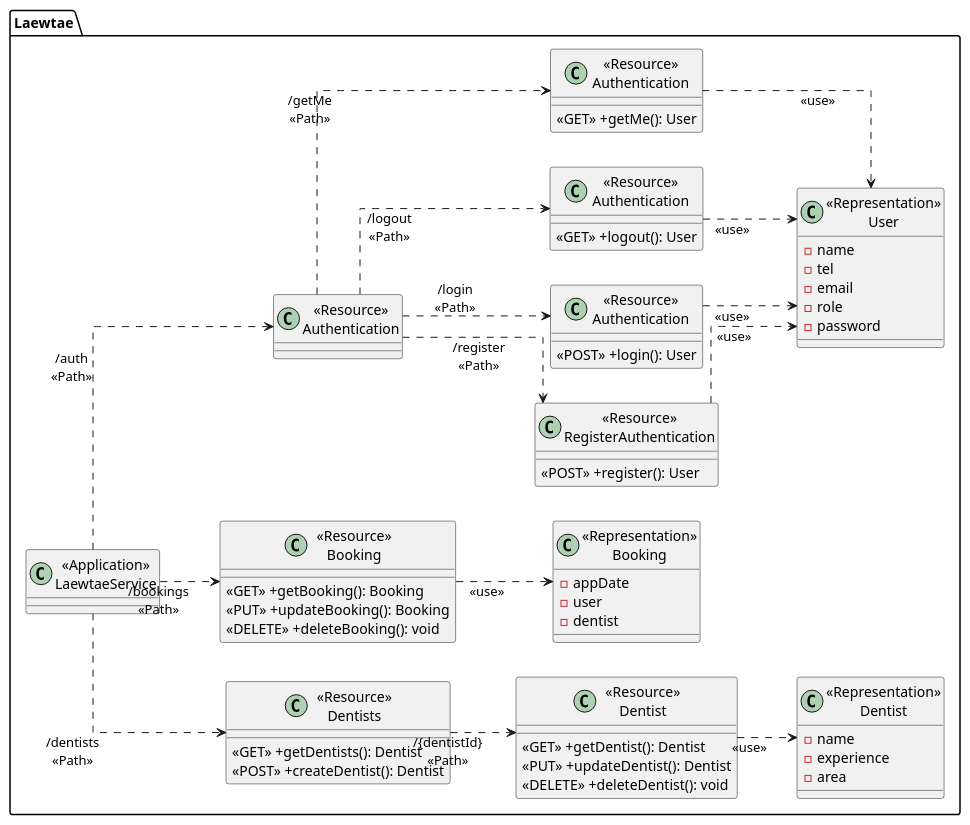
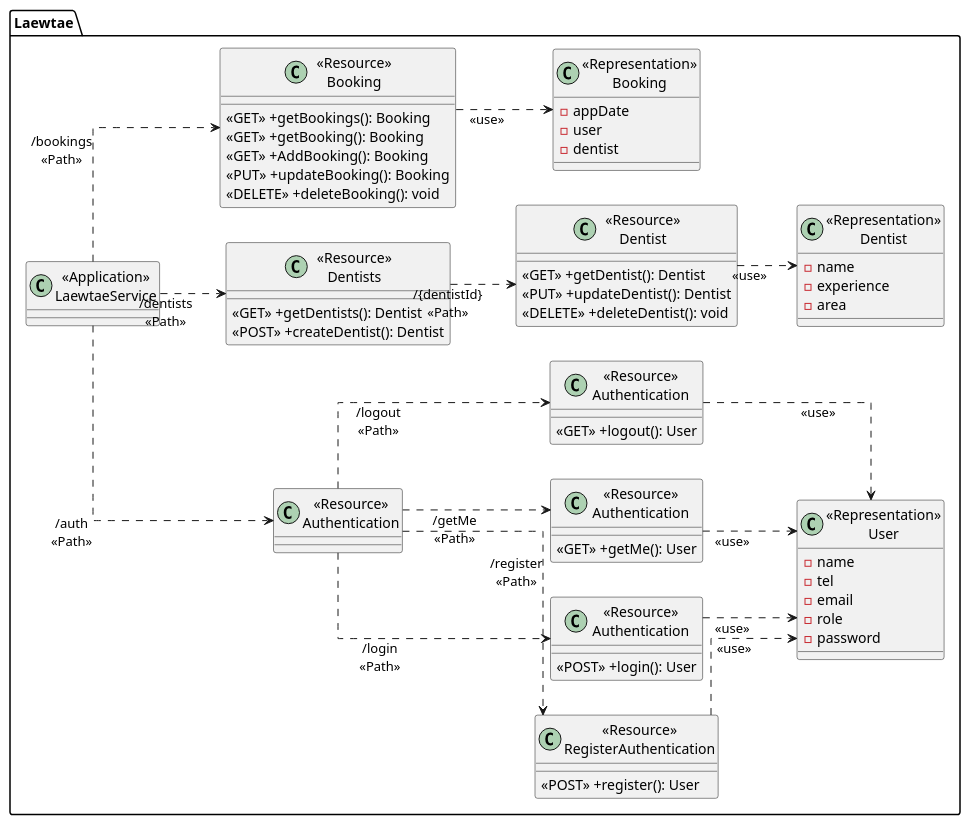
Before and after one commit to nattapong232/DentistBooking: the diagram in UML/ClassDiagram/Class.puml, drawn with PlantUML. The commit also changed 21 other files, not shown here.

```diff
--- a/UML/ClassDiagram/Class.puml
+++ b/UML/ClassDiagram/Class.puml
@@ -1,88 +1,93 @@
 @startuml
 skinparam linetype ortho
 left to right direction
 
 
 package "Laewtae"{
     class "<<Application>>\nLaewtaeService" as LaewtaeService{}
+
+    class "<<Resource>>\nAuthentication" as ResourceAuthentication {
+    }
+
+    class "<<Resource>>\nRegisterAuthentication" as RegisterAuthentication {
+        <<POST>> +register(): User
+    }
+    
+    class "<<Resource>>\nAuthentication" as LoginResourceAuthentication {
+        <<POST>> +login(): User
+    }
+
+    class "<<Resource>>\nAuthentication" as GetmeResourceAuthentication {
+        <<GET>> +getMe(): User
+    }
+
+    class "<<Resource>>\nAuthentication" as LogoutResourceAuthentication {
+        <<GET>> +logout(): User
+    }
 
     class "<<Resource>>\nDentists" as ResourceDentists{
         <<GET>> +getDentists(): Dentist
         <<POST>> +createDentist(): Dentist
     }
 
     class "<<Resource>>\nDentist" as ResourceDentist {
         <<GET>> +getDentist(): Dentist
         <<PUT>> +updateDentist(): Dentist
         <<DELETE>> +deleteDentist(): void
     }
 
     class "<<Representation>>\nDentist" as RepresentationDentist {
         -name
         -experience
         -area
     }
 
     class "<<Resource>>\nBooking" as ResourceBooking {
+        <<GET>> +getBookings(): Booking
         <<GET>> +getBooking(): Booking
+        <<GET>> +AddBooking(): Booking
         <<PUT>> +updateBooking(): Booking
         <<DELETE>> +deleteBooking(): void
     }
 
     class "<<Representation>>\nBooking" as RepresentationBooking {
         -appDate
         -user
         -dentist
     }
 
-    class "<<Resource>>\nAuthentication" as ResourceAuthentication {
-    }
 
-
-    class "<<Resource>>\nRegisterAuthentication" as RegisterAuthentication {
-        <<POST>> +register(): User
-    }
-
-
-    class "<<Resource>>\nAuthentication" as LoginResourceAuthentication {
-        <<POST>> +login(): User
-    }
-
-    class "<<Resource>>\nAuthentication" as LogoutResourceAuthentication {
-        <<GET>> +logout(): User
-    }
-
-    class "<<Resource>>\nAuthentication" as GetmeResourceAuthentication {
-        <<GET>> +getMe(): User
-    }
 
 
     class "<<Representation>>\nUser" as RepresentationUser {
         -name
         -tel
         -email
         -role
         -password
     }
 }
 
+LaewtaeService ..> ResourceAuthentication:"/auth\n<<Path>>"
+ResourceAuthentication ..> RegisterAuthentication:"/register\n<<Path>>"
+ResourceAuthentication ..> LoginResourceAuthentication:"/login\n<<Path>>"
+ResourceAuthentication ..> GetmeResourceAuthentication:"/getMe\n<<Path>>"
+ResourceAuthentication ..> LogoutResourceAuthentication:"/logout\n<<Path>>"
+
+
 LaewtaeService ..> ResourceDentists:"/dentists\n<<Path>>"
 ResourceDentists ..> ResourceDentist: "/{dentistId}\n<<Path>>"
 
 ResourceDentist ..> RepresentationDentist: "<<use>>"
 
 LaewtaeService ..> ResourceBooking:"/bookings\n<<Path>>"
 ResourceBooking ..> RepresentationBooking: "<<use>>"
 
-LaewtaeService ..> ResourceAuthentication:"/auth\n<<Path>>"
-ResourceAuthentication ..> RegisterAuthentication:"/register\n<<Path>>"
-ResourceAuthentication ..> LoginResourceAuthentication:"/login\n<<Path>>"
-ResourceAuthentication ..> LogoutResourceAuthentication:"/logout\n<<Path>>"
-ResourceAuthentication ..> GetmeResourceAuthentication:"/getMe\n<<Path>>"
+
 
 RegisterAuthentication ..> RepresentationUser: "<<use>>"
 LoginResourceAuthentication ..> RepresentationUser: "<<use>>"
 LogoutResourceAuthentication ..> RepresentationUser: "<<use>>"
 GetmeResourceAuthentication ..> RepresentationUser: "<<use>>"
 
 @enduml
```
